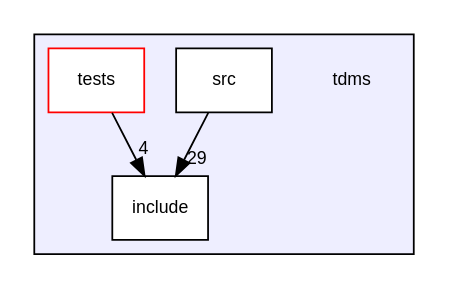
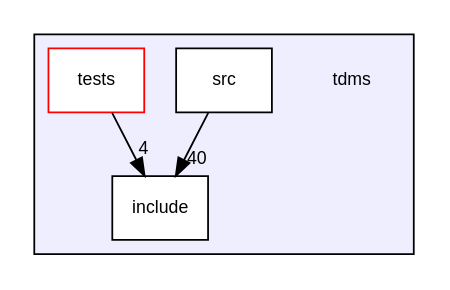
The diagram in dir_dfaedd75726dc0f14b5d7f96fe9da9ad_dep.dot (UCL/TDMS), drawn with Graphviz before and after one commit. The commit also changed 137 other files, not shown here.

```diff
--- a/dir_dfaedd75726dc0f14b5d7f96fe9da9ad_dep.dot
+++ b/dir_dfaedd75726dc0f14b5d7f96fe9da9ad_dep.dot
@@ -1,14 +1,14 @@
 digraph "tdms" {
   compound=true
   node [ fontsize="10", fontname="Helvetica"];
   edge [ labelfontsize="10", labelfontname="Helvetica"];
   subgraph clusterdir_dfaedd75726dc0f14b5d7f96fe9da9ad {
     graph [ bgcolor="#eeeeff", pencolor="black", label="" URL="dir_dfaedd75726dc0f14b5d7f96fe9da9ad.html"];
     dir_dfaedd75726dc0f14b5d7f96fe9da9ad [shape=plaintext label="tdms"];
     dir_31151eb6fe72a8c6f09675be35b4e99c [shape=box label="include" color="black" fillcolor="white" style="filled" URL="dir_31151eb6fe72a8c6f09675be35b4e99c.html"];
     dir_31743c9f8cb9d8e1833bb08943f9ef81 [shape=box label="src" color="black" fillcolor="white" style="filled" URL="dir_31743c9f8cb9d8e1833bb08943f9ef81.html"];
     dir_99e68cfdfe0514ef618d04f980ae72d7 [shape=box label="tests" color="red" fillcolor="white" style="filled" URL="dir_99e68cfdfe0514ef618d04f980ae72d7.html"];
   }
-  dir_31743c9f8cb9d8e1833bb08943f9ef81->dir_31151eb6fe72a8c6f09675be35b4e99c [headlabel="29", labeldistance=1.5 headhref="dir_000003_000002.html"];
+  dir_31743c9f8cb9d8e1833bb08943f9ef81->dir_31151eb6fe72a8c6f09675be35b4e99c [headlabel="40", labeldistance=1.5 headhref="dir_000003_000002.html"];
   dir_99e68cfdfe0514ef618d04f980ae72d7->dir_31151eb6fe72a8c6f09675be35b4e99c [headlabel="4", labeldistance=1.5 headhref="dir_000004_000002.html"];
 }
```
